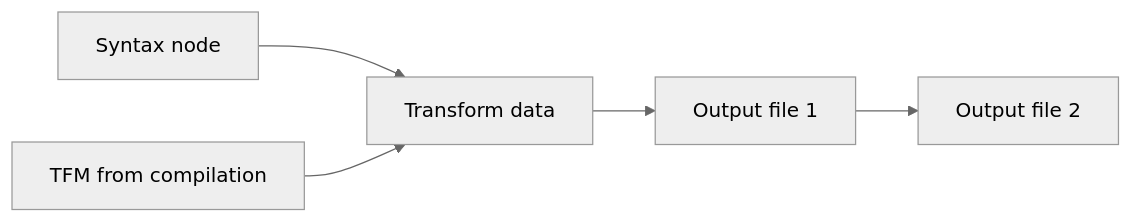
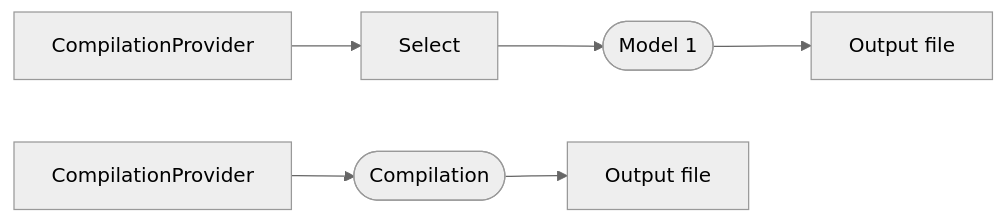
The first of 2 diagrams in docs/performance-guidelines.md (KathleenDollard/incremental-samples), drawn with Mermaid (neutral theme) before and after one commit. The commit also changed other lines of this file and 2 other files, not shown here.

````diff
--- a/docs/performance-guidelines.md
+++ b/docs/performance-guidelines.md
@@ -69,10 +76,12 @@
 ```mermaid
 flowchart LR
-    syntax[Syntax node]
-    compilation[TFM from compilation]
-    transform[Transform data]
-    file1[Output file 1]
-    file2[Output file 2]
-    syntax-->transform-->file1-->file2
-    compilation-->transform
+    syntax[CompilationProvider]
+    model1([Model 1])
+    file1[Output file]
+    syntax-->Select-->model1-->file1
+
+    compilationProvider[CompilationProvider]
+    compilation([Compilation])
+    file2[Output file]
+    compilationProvider-->compilation-->file2
 ```
````
